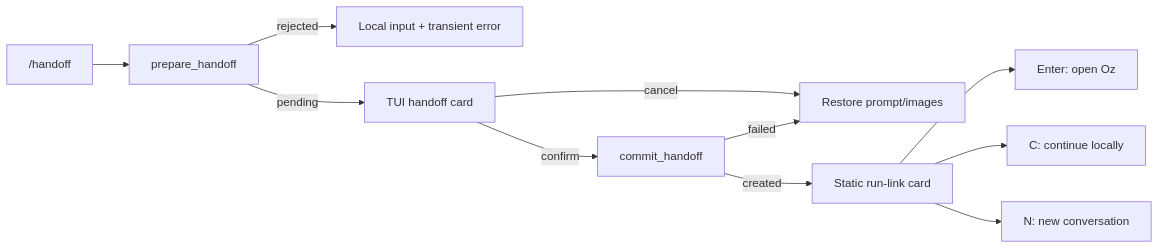
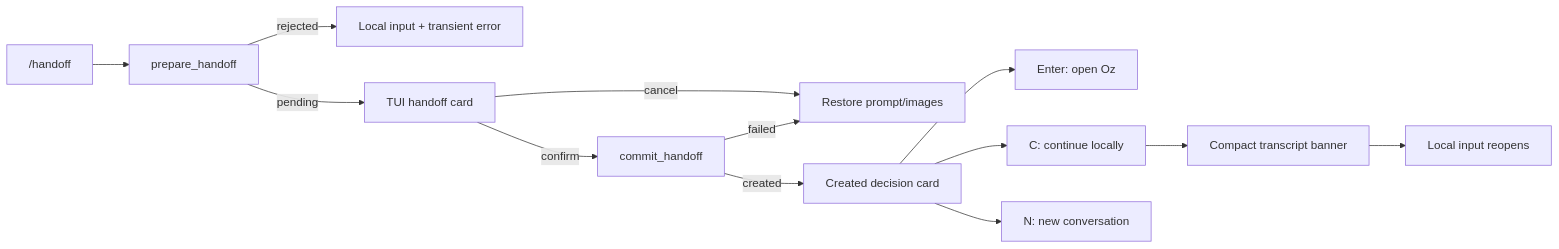
Before and after one commit to warpdotdev/warp: the diagram in specs/CODE-1827/TECH.md, drawn with Mermaid. The commit also changed other lines of this file and 8 other files, not shown here.

````diff
--- a/specs/CODE-1827/TECH.md
+++ b/specs/CODE-1827/TECH.md
@@ -121,13 +122,15 @@
 ```mermaid
 flowchart LR
   Submit["/handoff"] --> Prepare["prepare_handoff"]
   Prepare -->|rejected| Input["Local input + transient error"]
   Prepare -->|pending| Card["TUI handoff card"]
   Card -->|cancel| Restore["Restore prompt/images"]
   Card -->|confirm| Commit["commit_handoff"]
   Commit -->|failed| Restore
-  Commit -->|created| Static["Static run-link card"]
-  Static --> Browser["Enter: open Oz"]
-  Static --> Local["C: continue locally"]
-  Static --> New["N: new conversation"]
+  Commit -->|created| Created["Created decision card"]
+  Created --> Browser["Enter: open Oz"]
+  Created --> Continue["C: continue locally"]
+  Created --> New["N: new conversation"]
+  Continue --> Static["Compact transcript banner"]
+  Static --> Local["Local input reopens"]
 ```
````
